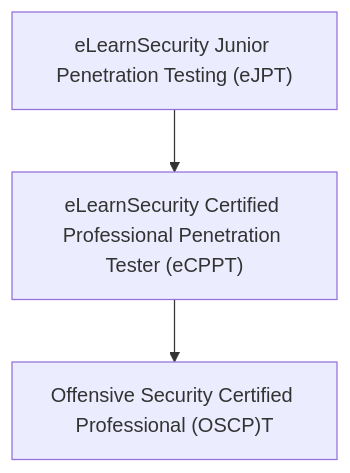
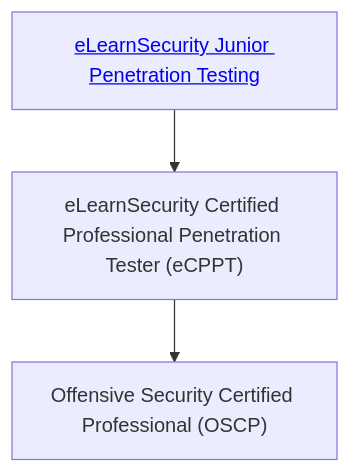
Before and after one commit to Greg-T8/eJPT: the diagram in README.md, drawn with Mermaid.

Commit message:
Updated BHP README

````diff
--- a/README.md
+++ b/README.md
@@ -13,6 +13,6 @@
 ```mermaid
   flowchart TD
-    A["eLearnSecurity Junior Penetration Testing (eJPT)"] --> B
+    A[<a href="https://elearnsecurity.com/product/ejpt-certification/">eLearnSecurity Junior Penetration Testing</a>] --> B
     B["eLearnSecurity Certified Professional Penetration Tester (eCPPT)"] --> C
-    C["Offensive Security Certified Professional (OSCP)"T]
+    C["Offensive Security Certified Professional (OSCP)"]
 ```
````
